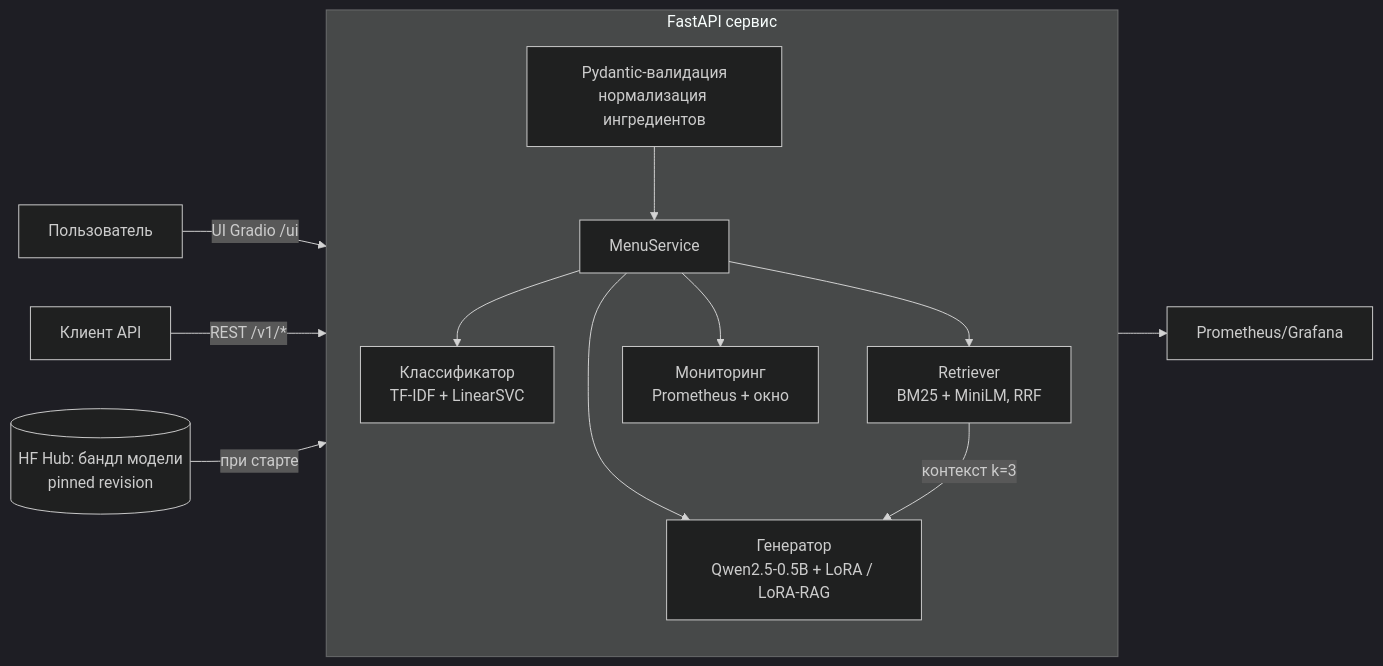
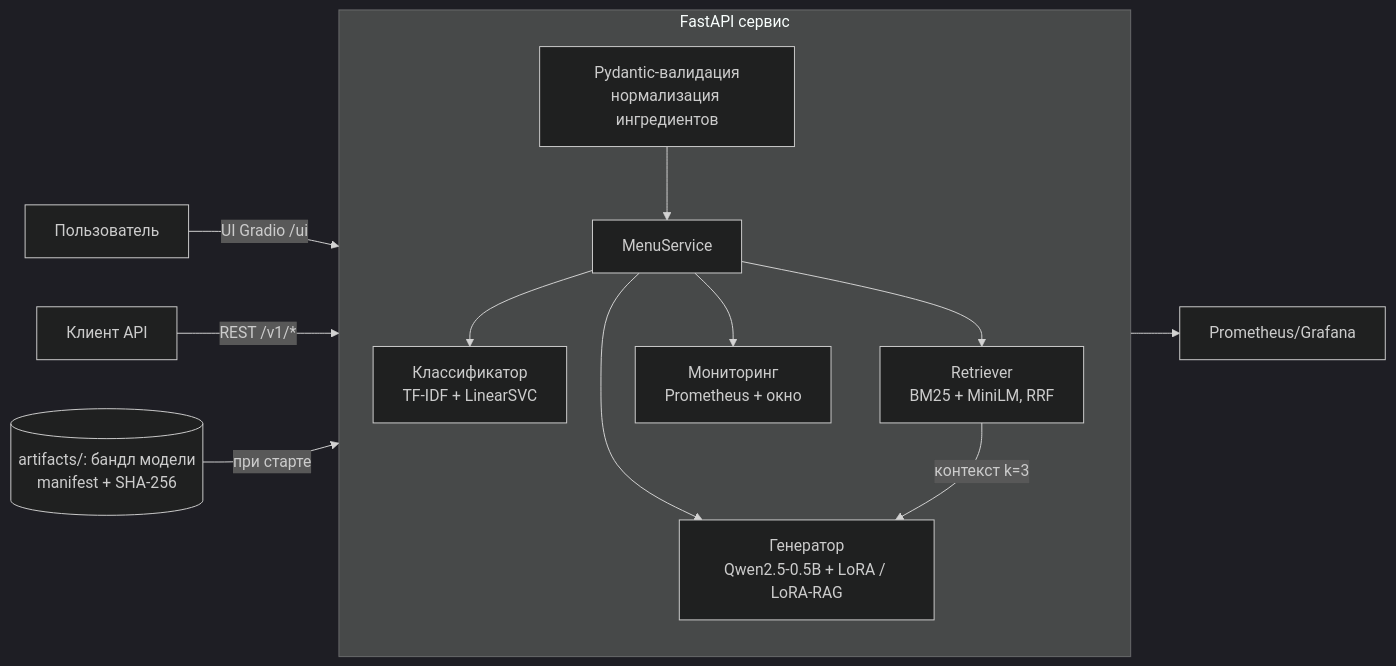
The diagram in README.md (K4n4y3/FinalProject), drawn with Mermaid (dark theme) before and after one commit. The commit also changed other lines of this file and 10 other files, not shown here.

````diff
--- a/README.md
+++ b/README.md
@@ -25,16 +26,16 @@
 ```mermaid
 flowchart LR
     U[Пользователь] -->|UI Gradio /ui| A
     C[Клиент API] -->|REST /v1/*| A
     subgraph A[FastAPI сервис]
       direction TB
       V[Pydantic-валидация<br/>нормализация ингредиентов] --> S[MenuService]
       S --> K[Классификатор<br/>TF-IDF + LinearSVC]
       S --> R[Retriever<br/>BM25 + MiniLM, RRF]
       S --> G[Генератор<br/>Qwen2.5-0.5B + LoRA / LoRA-RAG]
       R -->|контекст k=3| G
       S --> M[Мониторинг<br/>Prometheus + окно]
     end
-    H[(HF Hub: бандл модели<br/>pinned revision)] -->|при старте| A
+    H[(artifacts/: бандл модели<br/>manifest + SHA-256)] -->|при старте| A
     M --> P[Prometheus/Grafana]
 ```
````
